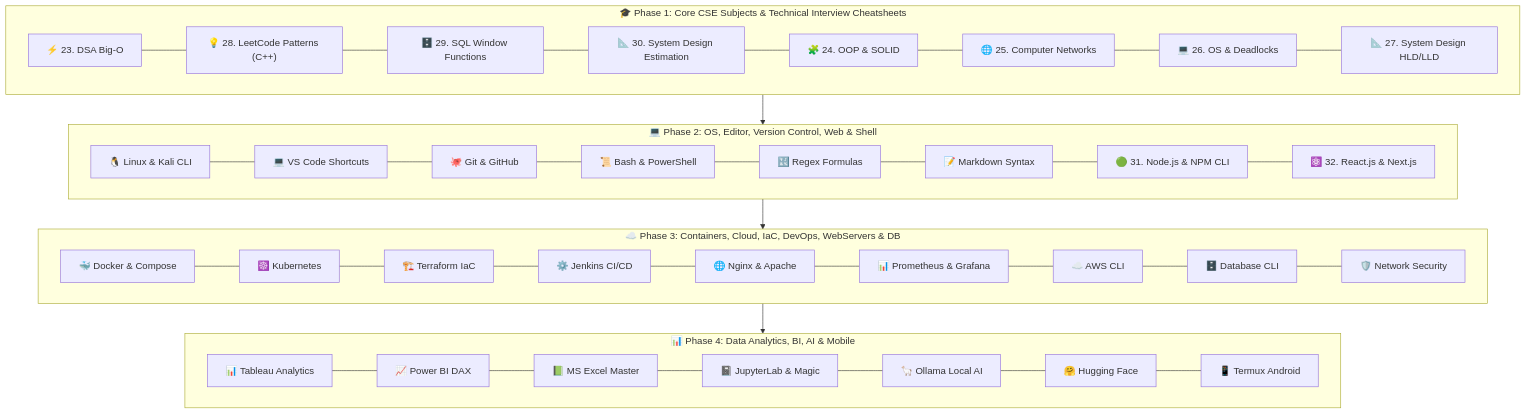
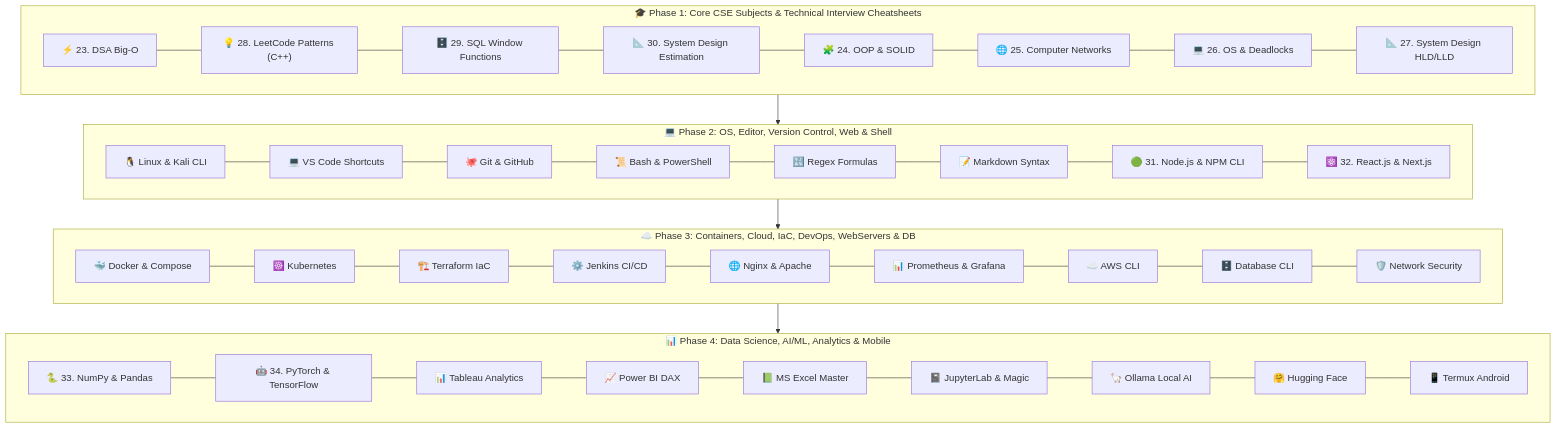
The diagram in README.md (techindro/Penetration-testing-toolkit), drawn with Mermaid before and after one commit. The commit also changed other lines of this file and 2 other files, not shown here.

Commit message:
feat: expand BugFix FM to 34 Master Modules including NumPy & Pandas Data Science and Scikit-Learn, PyTorch & TensorFlow AI/ML cheatsheets

````diff
--- a/README.md
+++ b/README.md
@@ -35,20 +36,20 @@
 ```mermaid
 graph TD
     subgraph Phase1["🎓 Phase 1: Core CSE Subjects & Technical Interview Cheatsheets"]
         A1["⚡ 23. DSA Big-O"] --- A2["💡 28. LeetCode Patterns (C++)"] --- A3["🗄️ 29. SQL Window Functions"] --- A4["📐 30. System Design Estimation"] --- A5["🧩 24. OOP & SOLID"] --- A6["🌐 25. Computer Networks"] --- A7["💻 26. OS & Deadlocks"] --- A8["📐 27. System Design HLD/LLD"]
     end
 
     subgraph Phase2["💻 Phase 2: OS, Editor, Version Control, Web & Shell"]
         B1["🐧 Linux & Kali CLI"] --- B2["💻 VS Code Shortcuts"] --- B3["🐙 Git & GitHub"] --- B4["📜 Bash & PowerShell"] --- B5["🔣 Regex Formulas"] --- B6["📝 Markdown Syntax"] --- B7["🟢 31. Node.js & NPM CLI"] --- B8["⚛️ 32. React.js & Next.js"]
     end
 
     subgraph Phase3["☁️ Phase 3: Containers, Cloud, IaC, DevOps, WebServers & DB"]
         C1["🐳 Docker & Compose"] --- C2["☸️ Kubernetes"] --- C3["🏗️ Terraform IaC"] --- C4["⚙️ Jenkins CI/CD"] --- C5["🌐 Nginx & Apache"] --- C6["📊 Prometheus & Grafana"] --- C7["☁️ AWS CLI"] --- C8["🗄️ Database CLI"] --- C9["🛡️ Network Security"]
     end
 
-    subgraph Phase4["📊 Phase 4: Data Analytics, BI, AI & Mobile"]
-        D1["📊 Tableau Analytics"] --- D2["📈 Power BI DAX"] --- D3["📗 MS Excel Master"] --- D4["📓 JupyterLab & Magic"] --- D5["🦙 Ollama Local AI"] --- D6["🤗 Hugging Face"] --- D7["📱 Termux Android"]
+    subgraph Phase4["📊 Phase 4: Data Science, AI/ML, Analytics & Mobile"]
+        D1["🐍 33. NumPy & Pandas"] --- D2["🤖 34. PyTorch & TensorFlow"] --- D3["📊 Tableau Analytics"] --- D4["📈 Power BI DAX"] --- D5["📗 MS Excel Master"] --- D6["📓 JupyterLab & Magic"] --- D7["🦙 Ollama Local AI"] --- D8["🤗 Hugging Face"] --- D9["📱 Termux Android"]
     end
 
     Phase1 --> Phase2 --> Phase3 --> Phase4
 ```
````
